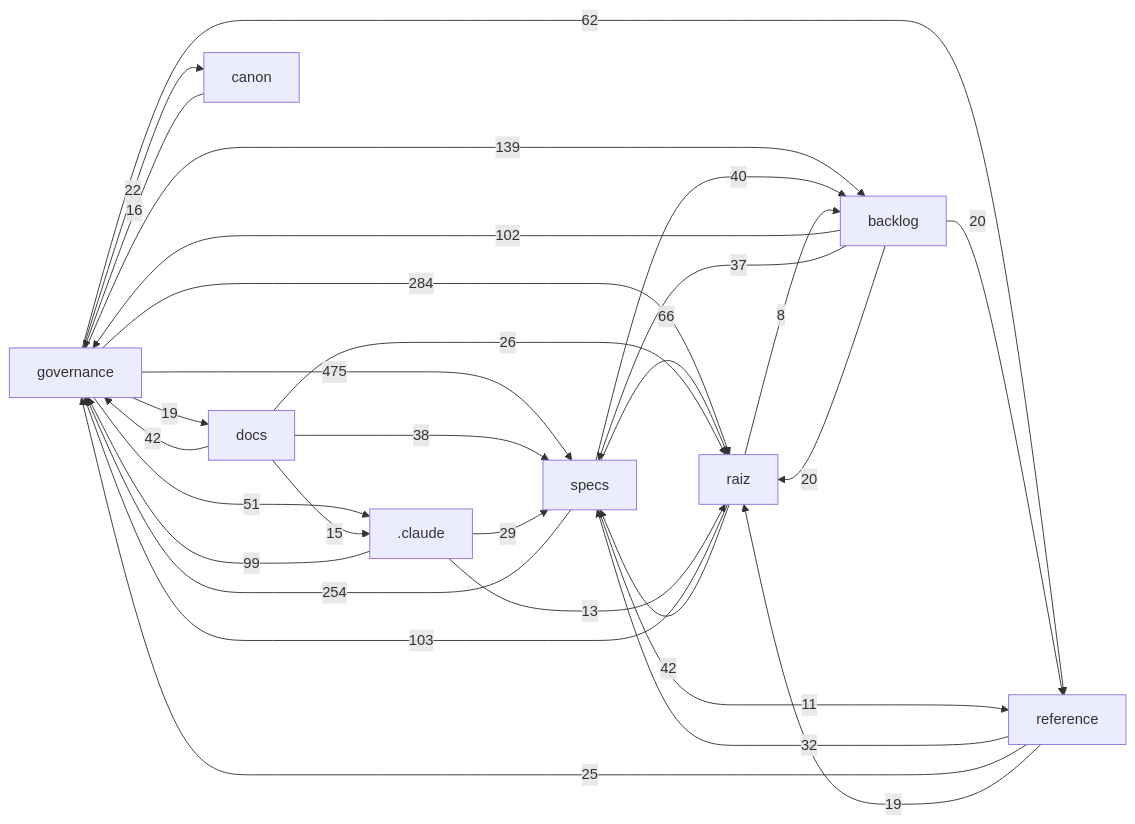
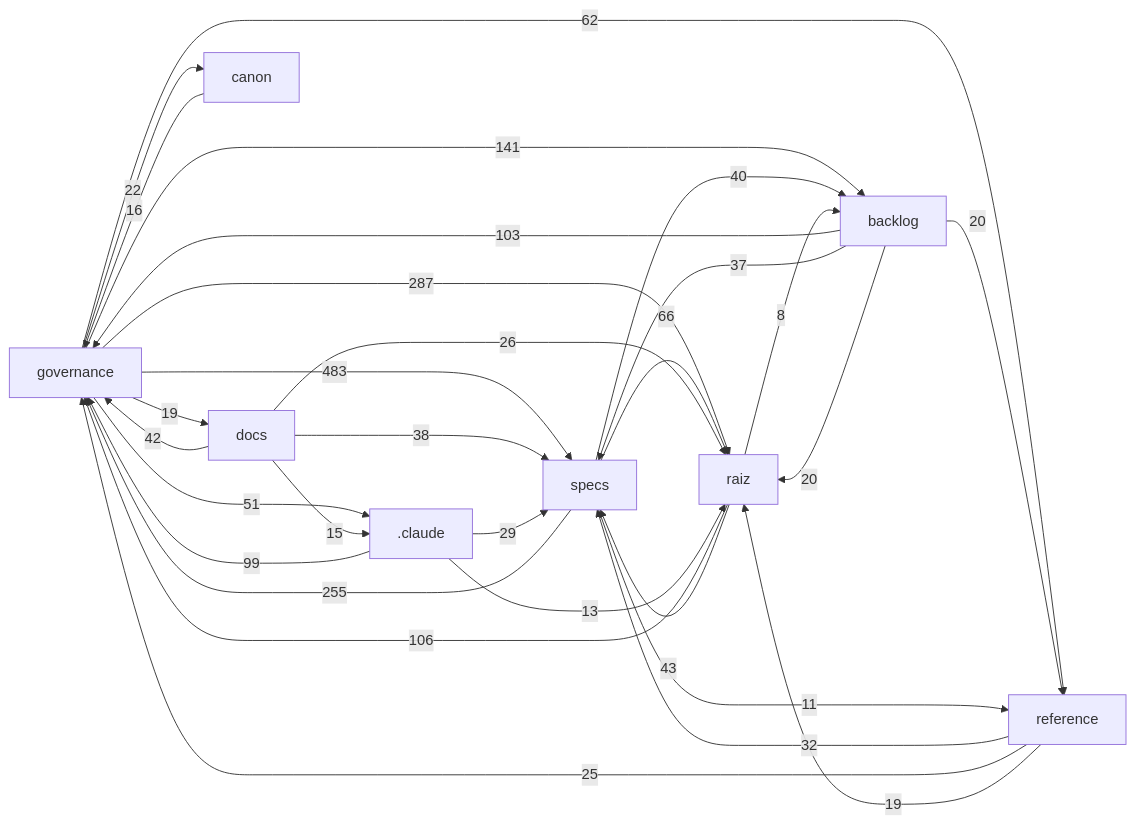
The diagram in docs/mapa/MAPA-PROJETO.md (Andraus35/Sistema-Operacional-de-Trading--SOT), drawn with Mermaid before and after one commit. The commit also changed other lines of this file and 8 other files, not shown here.

````diff
--- a/docs/mapa/MAPA-PROJETO.md
+++ b/docs/mapa/MAPA-PROJETO.md
@@ -29,32 +29,32 @@
 ```mermaid
 flowchart LR
-  governance["governance"] -->|475| specs["specs"]
-  governance["governance"] -->|284| raiz["raiz"]
-  specs["specs"] -->|254| governance["governance"]
-  governance["governance"] -->|139| backlog["backlog"]
-  raiz["raiz"] -->|103| governance["governance"]
-  backlog["backlog"] -->|102| governance["governance"]
+  governance["governance"] -->|483| specs["specs"]
+  governance["governance"] -->|287| raiz["raiz"]
+  specs["specs"] -->|255| governance["governance"]
+  governance["governance"] -->|141| backlog["backlog"]
+  raiz["raiz"] -->|106| governance["governance"]
+  backlog["backlog"] -->|103| governance["governance"]
   _claude[".claude"] -->|99| governance["governance"]
   specs["specs"] -->|66| raiz["raiz"]
   governance["governance"] -->|62| reference["reference"]
   governance["governance"] -->|51| _claude[".claude"]
-  raiz["raiz"] -->|42| specs["specs"]
+  raiz["raiz"] -->|43| specs["specs"]
   docs["docs"] -->|42| governance["governance"]
   specs["specs"] -->|40| backlog["backlog"]
   docs["docs"] -->|38| specs["specs"]
   backlog["backlog"] -->|37| specs["specs"]
   reference["reference"] -->|32| specs["specs"]
   _claude[".claude"] -->|29| specs["specs"]
   docs["docs"] -->|26| raiz["raiz"]
   reference["reference"] -->|25| governance["governance"]
   governance["governance"] -->|22| canon["canon"]
   backlog["backlog"] -->|20| raiz["raiz"]
   backlog["backlog"] -->|20| reference["reference"]
   governance["governance"] -->|19| docs["docs"]
   reference["reference"] -->|19| raiz["raiz"]
   canon["canon"] -->|16| governance["governance"]
   docs["docs"] -->|15| _claude[".claude"]
   _claude[".claude"] -->|13| raiz["raiz"]
   specs["specs"] -->|11| reference["reference"]
   raiz["raiz"] -->|8| backlog["backlog"]
 ```
````
